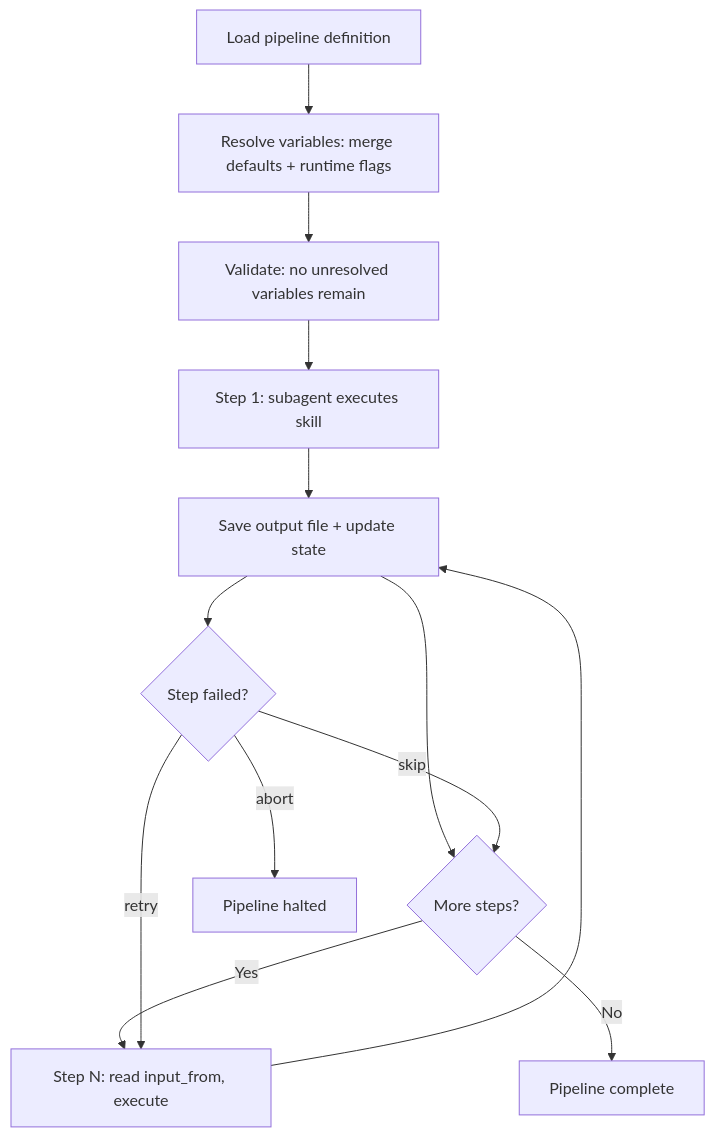
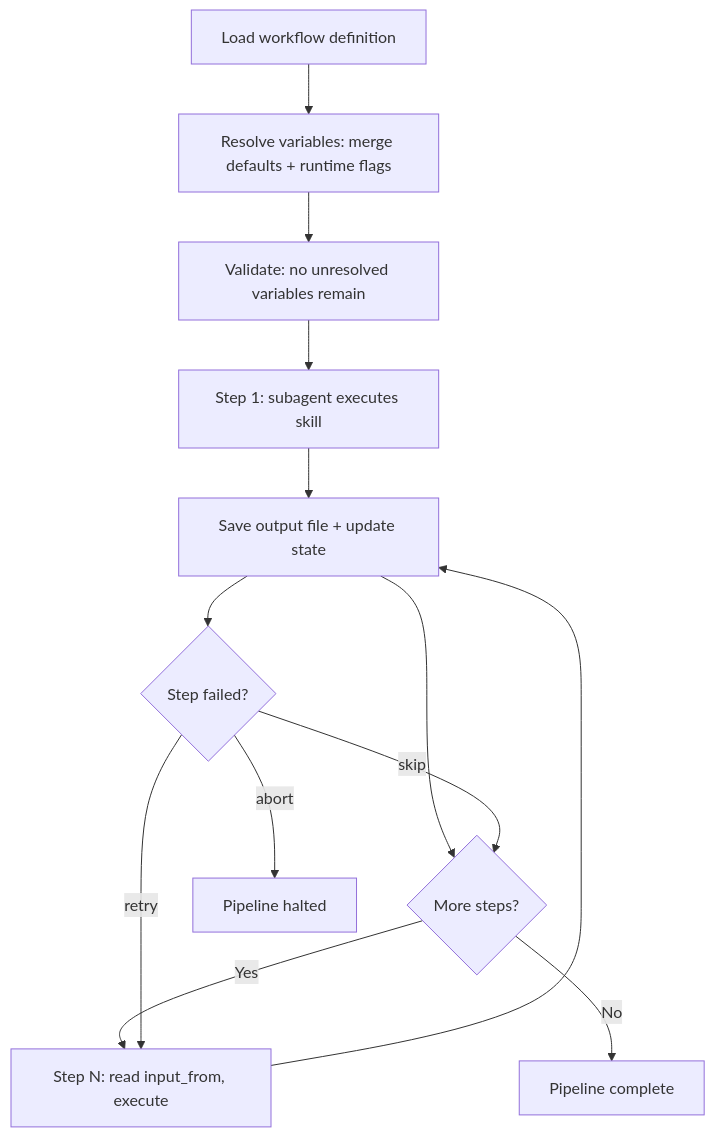
One commit to unclejobs-ai/second-claude-code changed the diagram in docs/skills/workflow.md. Above: the diagram before and after it, drawn with Mermaid. The commit also changed other lines of this file and 147 other files, not shown here.

````diff
--- a/docs/skills/workflow.md
+++ b/docs/skills/workflow.md
@@ -134,15 +140,15 @@
 ```mermaid
 graph TD
-    A[Load pipeline definition] --> B[Resolve variables: merge defaults + runtime flags]
+    A[Load workflow definition] --> B[Resolve variables: merge defaults + runtime flags]
     B --> C[Validate: no unresolved variables remain]
     C --> D[Step 1: subagent executes skill]
     D --> E[Save output file + update state]
     E --> F{More steps?}
     F -- Yes --> G[Step N: read input_from, execute]
     G --> E
     F -- No --> H[Pipeline complete]
     E --> I{Step failed?}
     I -- abort --> J[Pipeline halted]
     I -- retry --> G
     I -- skip --> F
 ```
````
